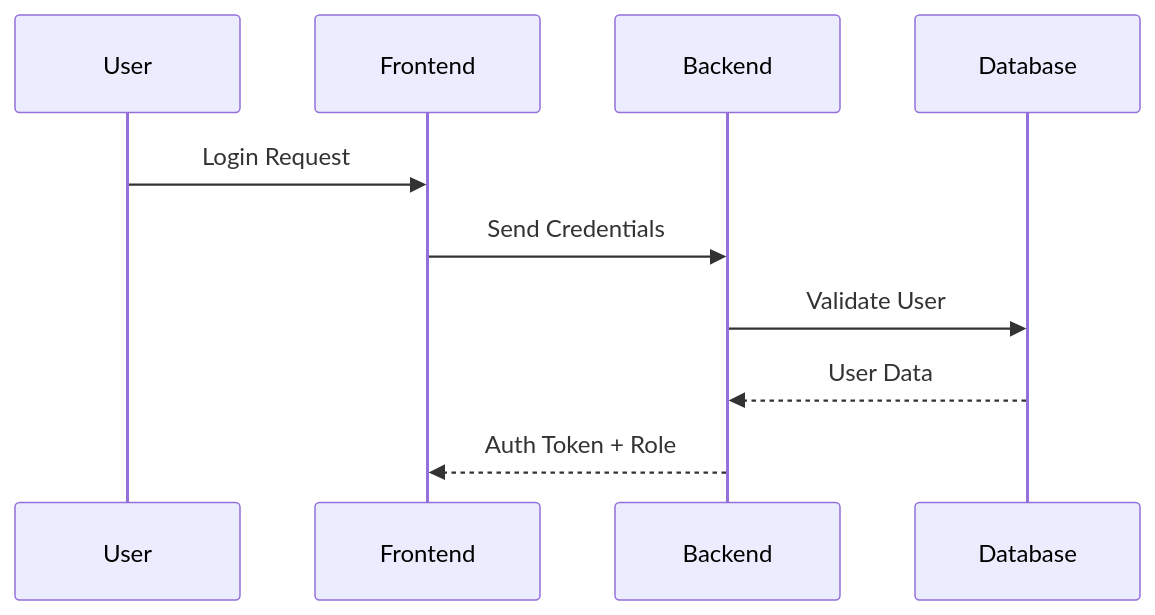
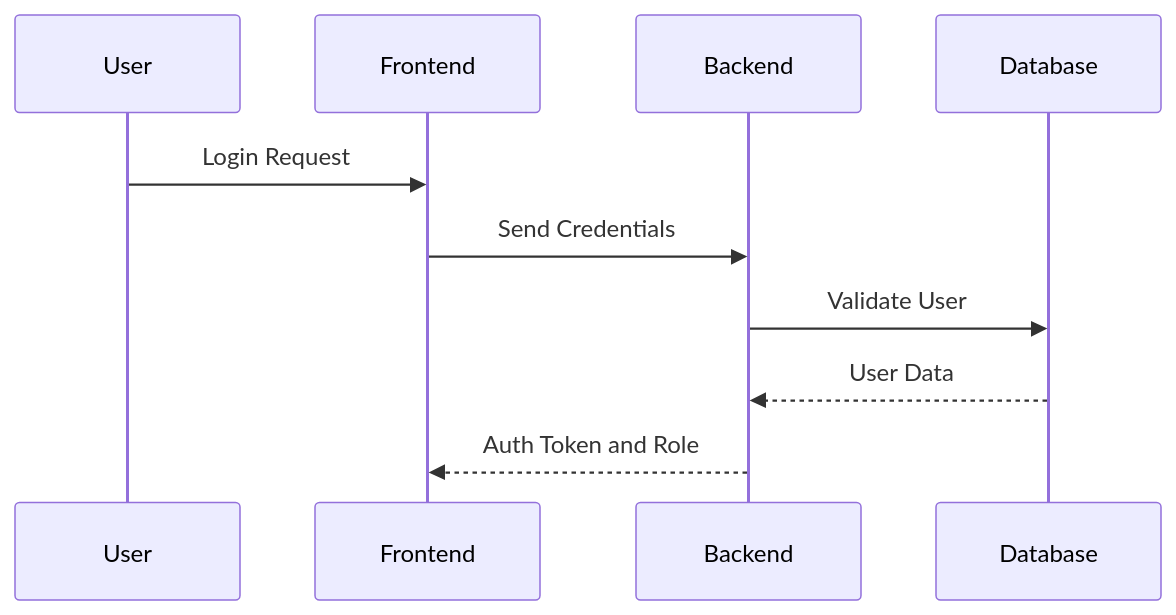
The second of 10 diagrams in README.md (YashKerkarTech04/YAR-Coin-2.0), drawn with Mermaid before and after one commit. The commit also changed other lines of this file, not shown here.

````diff
--- a/README.md
+++ b/README.md
@@ -78,13 +78,13 @@
 ```mermaid
 sequenceDiagram
     participant User
     participant Frontend
     participant Backend
     participant Database
 
     User->>Frontend: Login Request
     Frontend->>Backend: Send Credentials
     Backend->>Database: Validate User
     Database-->>Backend: User Data
-    Backend-->>Frontend: Auth Token + Role
+    Backend-->>Frontend: Auth Token and Role
 ```
````
